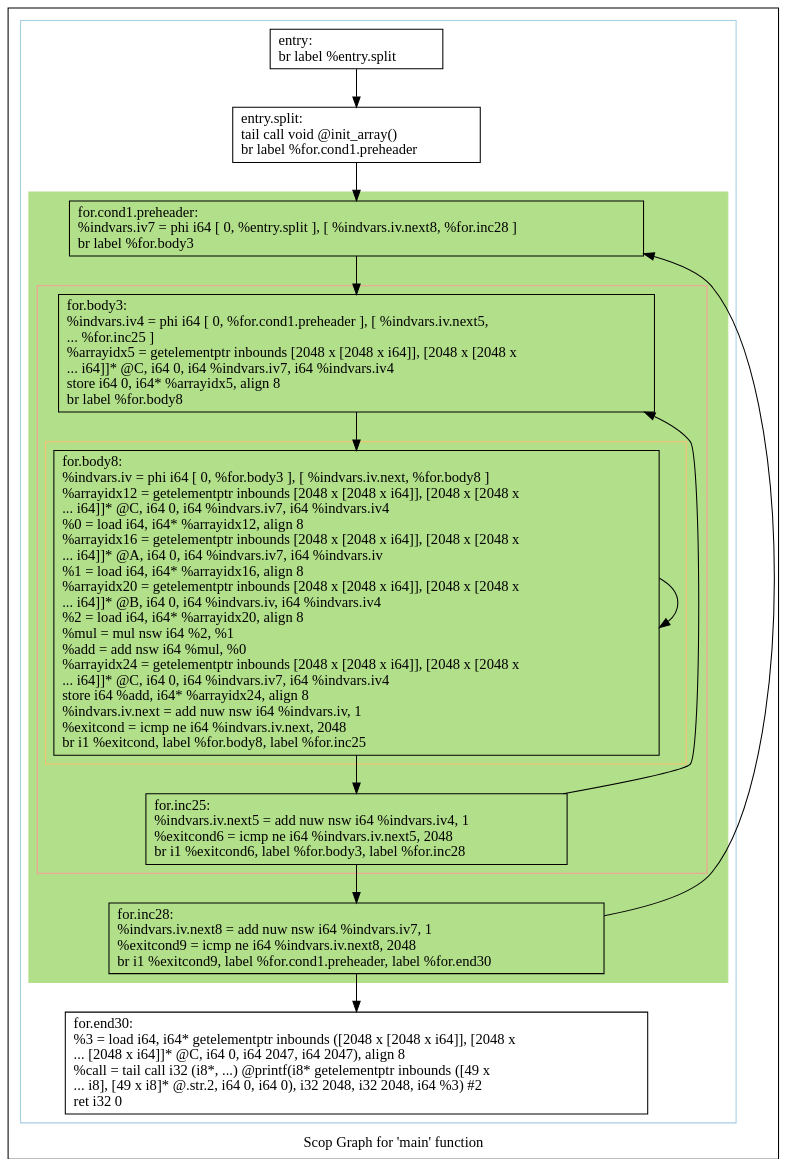
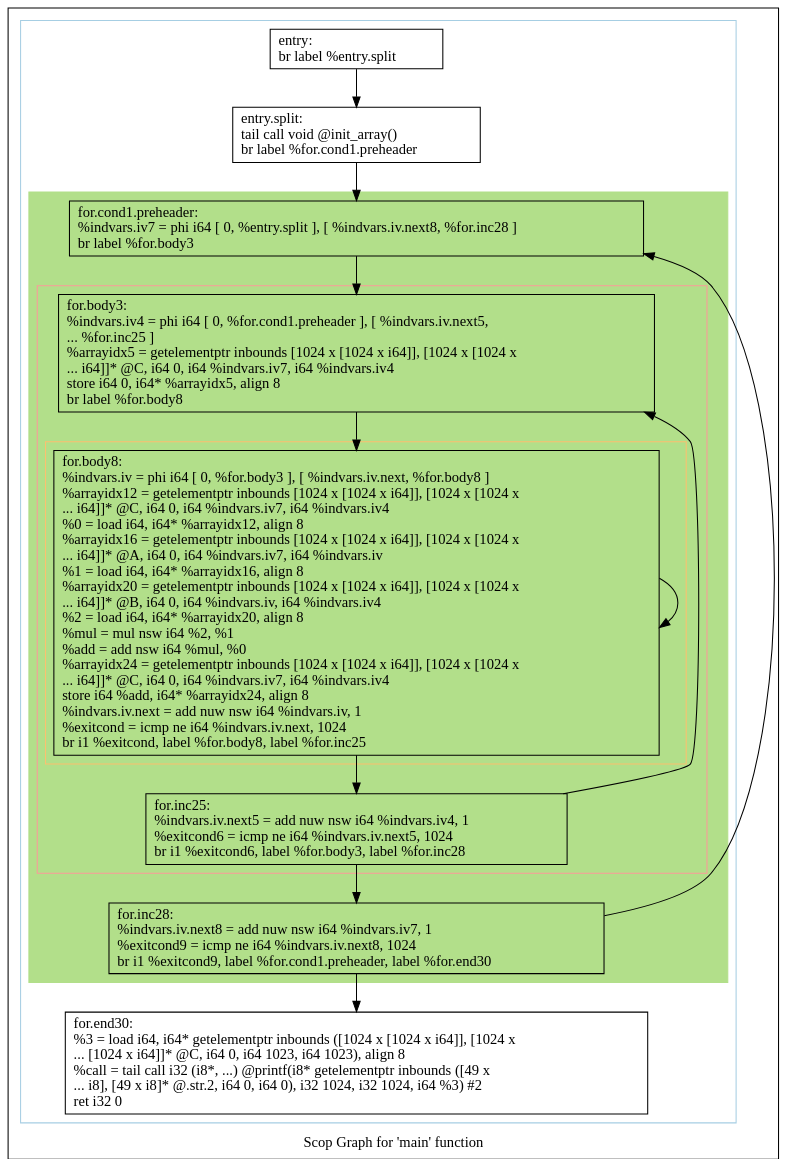
One commit to samminweng/WhileyOpenCL changed the diagram in polly/MatrixMult/impl/handwritten/dot/scops.main.dot. Above: the diagram before and after it, drawn with Graphviz. The commit also changed 65 other files, not shown here.

```diff
--- a/polly/MatrixMult/impl/handwritten/dot/scops.main.dot
+++ b/polly/MatrixMult/impl/handwritten/dot/scops.main.dot
@@ -1,50 +1,50 @@
 digraph "Scop Graph for 'main' function" {
 	label="Scop Graph for 'main' function";
 
-	Node0x5e8f480 [shape=record,label="{entry:\l  br label %entry.split\l}"];
-	Node0x5e8f480 -> Node0x5e8e6f0;
-	Node0x5e8e6f0 [shape=record,label="{entry.split:                                      \l  tail call void @init_array()\l  br label %for.cond1.preheader\l}"];
-	Node0x5e8e6f0 -> Node0x5e8f3c0;
-	Node0x5e8f3c0 [shape=record,label="{for.cond1.preheader:                              \l  %indvars.iv7 = phi i64 [ 0, %entry.split ], [ %indvars.iv.next8, %for.inc28 ]\l  br label %for.body3\l}"];
-	Node0x5e8f3c0 -> Node0x5e8ebb0;
-	Node0x5e8ebb0 [shape=record,label="{for.body3:                                        \l  %indvars.iv4 = phi i64 [ 0, %for.cond1.preheader ], [ %indvars.iv.next5,\l... %for.inc25 ]\l  %arrayidx5 = getelementptr inbounds [2048 x [2048 x i64]], [2048 x [2048 x\l... i64]]* @C, i64 0, i64 %indvars.iv7, i64 %indvars.iv4\l  store i64 0, i64* %arrayidx5, align 8\l  br label %for.body8\l}"];
-	Node0x5e8ebb0 -> Node0x5e81700;
-	Node0x5e81700 [shape=record,label="{for.body8:                                        \l  %indvars.iv = phi i64 [ 0, %for.body3 ], [ %indvars.iv.next, %for.body8 ]\l  %arrayidx12 = getelementptr inbounds [2048 x [2048 x i64]], [2048 x [2048 x\l... i64]]* @C, i64 0, i64 %indvars.iv7, i64 %indvars.iv4\l  %0 = load i64, i64* %arrayidx12, align 8\l  %arrayidx16 = getelementptr inbounds [2048 x [2048 x i64]], [2048 x [2048 x\l... i64]]* @A, i64 0, i64 %indvars.iv7, i64 %indvars.iv\l  %1 = load i64, i64* %arrayidx16, align 8\l  %arrayidx20 = getelementptr inbounds [2048 x [2048 x i64]], [2048 x [2048 x\l... i64]]* @B, i64 0, i64 %indvars.iv, i64 %indvars.iv4\l  %2 = load i64, i64* %arrayidx20, align 8\l  %mul = mul nsw i64 %2, %1\l  %add = add nsw i64 %mul, %0\l  %arrayidx24 = getelementptr inbounds [2048 x [2048 x i64]], [2048 x [2048 x\l... i64]]* @C, i64 0, i64 %indvars.iv7, i64 %indvars.iv4\l  store i64 %add, i64* %arrayidx24, align 8\l  %indvars.iv.next = add nuw nsw i64 %indvars.iv, 1\l  %exitcond = icmp ne i64 %indvars.iv.next, 2048\l  br i1 %exitcond, label %for.body8, label %for.inc25\l}"];
-	Node0x5e81700 -> Node0x5e81700[constraint=false];
-	Node0x5e81700 -> Node0x5e8f160;
-	Node0x5e8f160 [shape=record,label="{for.inc25:                                        \l  %indvars.iv.next5 = add nuw nsw i64 %indvars.iv4, 1\l  %exitcond6 = icmp ne i64 %indvars.iv.next5, 2048\l  br i1 %exitcond6, label %for.body3, label %for.inc28\l}"];
-	Node0x5e8f160 -> Node0x5e8ebb0[constraint=false];
-	Node0x5e8f160 -> Node0x5e8f090;
-	Node0x5e8f090 [shape=record,label="{for.inc28:                                        \l  %indvars.iv.next8 = add nuw nsw i64 %indvars.iv7, 1\l  %exitcond9 = icmp ne i64 %indvars.iv.next8, 2048\l  br i1 %exitcond9, label %for.cond1.preheader, label %for.end30\l}"];
-	Node0x5e8f090 -> Node0x5e8f3c0[constraint=false];
-	Node0x5e8f090 -> Node0x5e8f0b0;
-	Node0x5e8f0b0 [shape=record,label="{for.end30:                                        \l  %3 = load i64, i64* getelementptr inbounds ([2048 x [2048 x i64]], [2048 x\l... [2048 x i64]]* @C, i64 0, i64 2047, i64 2047), align 8\l  %call = tail call i32 (i8*, ...) @printf(i8* getelementptr inbounds ([49 x\l... i8], [49 x i8]* @.str.2, i64 0, i64 0), i32 2048, i32 2048, i64 %3) #2\l  ret i32 0\l}"];
+	Node0x53b04e0 [shape=record,label="{entry:\l  br label %entry.split\l}"];
+	Node0x53b04e0 -> Node0x53ac550;
+	Node0x53ac550 [shape=record,label="{entry.split:                                      \l  tail call void @init_array()\l  br label %for.cond1.preheader\l}"];
+	Node0x53ac550 -> Node0x53b05f0;
+	Node0x53b05f0 [shape=record,label="{for.cond1.preheader:                              \l  %indvars.iv7 = phi i64 [ 0, %entry.split ], [ %indvars.iv.next8, %for.inc28 ]\l  br label %for.body3\l}"];
+	Node0x53b05f0 -> Node0x539d0c0;
+	Node0x539d0c0 [shape=record,label="{for.body3:                                        \l  %indvars.iv4 = phi i64 [ 0, %for.cond1.preheader ], [ %indvars.iv.next5,\l... %for.inc25 ]\l  %arrayidx5 = getelementptr inbounds [1024 x [1024 x i64]], [1024 x [1024 x\l... i64]]* @C, i64 0, i64 %indvars.iv7, i64 %indvars.iv4\l  store i64 0, i64* %arrayidx5, align 8\l  br label %for.body8\l}"];
+	Node0x539d0c0 -> Node0x53abf80;
+	Node0x53abf80 [shape=record,label="{for.body8:                                        \l  %indvars.iv = phi i64 [ 0, %for.body3 ], [ %indvars.iv.next, %for.body8 ]\l  %arrayidx12 = getelementptr inbounds [1024 x [1024 x i64]], [1024 x [1024 x\l... i64]]* @C, i64 0, i64 %indvars.iv7, i64 %indvars.iv4\l  %0 = load i64, i64* %arrayidx12, align 8\l  %arrayidx16 = getelementptr inbounds [1024 x [1024 x i64]], [1024 x [1024 x\l... i64]]* @A, i64 0, i64 %indvars.iv7, i64 %indvars.iv\l  %1 = load i64, i64* %arrayidx16, align 8\l  %arrayidx20 = getelementptr inbounds [1024 x [1024 x i64]], [1024 x [1024 x\l... i64]]* @B, i64 0, i64 %indvars.iv, i64 %indvars.iv4\l  %2 = load i64, i64* %arrayidx20, align 8\l  %mul = mul nsw i64 %2, %1\l  %add = add nsw i64 %mul, %0\l  %arrayidx24 = getelementptr inbounds [1024 x [1024 x i64]], [1024 x [1024 x\l... i64]]* @C, i64 0, i64 %indvars.iv7, i64 %indvars.iv4\l  store i64 %add, i64* %arrayidx24, align 8\l  %indvars.iv.next = add nuw nsw i64 %indvars.iv, 1\l  %exitcond = icmp ne i64 %indvars.iv.next, 1024\l  br i1 %exitcond, label %for.body8, label %for.inc25\l}"];
+	Node0x53abf80 -> Node0x53abf80[constraint=false];
+	Node0x53abf80 -> Node0x53ac600;
+	Node0x53ac600 [shape=record,label="{for.inc25:                                        \l  %indvars.iv.next5 = add nuw nsw i64 %indvars.iv4, 1\l  %exitcond6 = icmp ne i64 %indvars.iv.next5, 1024\l  br i1 %exitcond6, label %for.body3, label %for.inc28\l}"];
+	Node0x53ac600 -> Node0x539d0c0[constraint=false];
+	Node0x53ac600 -> Node0x53b1870;
+	Node0x53b1870 [shape=record,label="{for.inc28:                                        \l  %indvars.iv.next8 = add nuw nsw i64 %indvars.iv7, 1\l  %exitcond9 = icmp ne i64 %indvars.iv.next8, 1024\l  br i1 %exitcond9, label %for.cond1.preheader, label %for.end30\l}"];
+	Node0x53b1870 -> Node0x53b05f0[constraint=false];
+	Node0x53b1870 -> Node0x53b1890;
+	Node0x53b1890 [shape=record,label="{for.end30:                                        \l  %3 = load i64, i64* getelementptr inbounds ([1024 x [1024 x i64]], [1024 x\l... [1024 x i64]]* @C, i64 0, i64 1023, i64 1023), align 8\l  %call = tail call i32 (i8*, ...) @printf(i8* getelementptr inbounds ([49 x\l... i8], [49 x i8]* @.str.2, i64 0, i64 0), i32 1024, i32 1024, i64 %3) #2\l  ret i32 0\l}"];
 	colorscheme = "paired12"
-        subgraph cluster_0x5e90c40 {
+        subgraph cluster_0x5386620 {
           label = "";
           style = solid;
           color = 1
-          subgraph cluster_0x5e81860 {
+          subgraph cluster_0x539ccf0 {
             label = "";
             style = filled;
-            color = 3            subgraph cluster_0x5e90cc0 {
+            color = 3            subgraph cluster_0x53866a0 {
               label = "";
               style = solid;
               color = 5
-              subgraph cluster_0x5e817e0 {
+              subgraph cluster_0x539c860 {
                 label = "";
                 style = solid;
                 color = 7
-                Node0x5e81700;
+                Node0x53abf80;
               }
-              Node0x5e8ebb0;
-              Node0x5e8f160;
+              Node0x539d0c0;
+              Node0x53ac600;
             }
-            Node0x5e8f3c0;
-            Node0x5e8f090;
+            Node0x53b05f0;
+            Node0x53b1870;
           }
-          Node0x5e8f480;
-          Node0x5e8e6f0;
-          Node0x5e8f0b0;
+          Node0x53b04e0;
+          Node0x53ac550;
+          Node0x53b1890;
         }
 }
```
